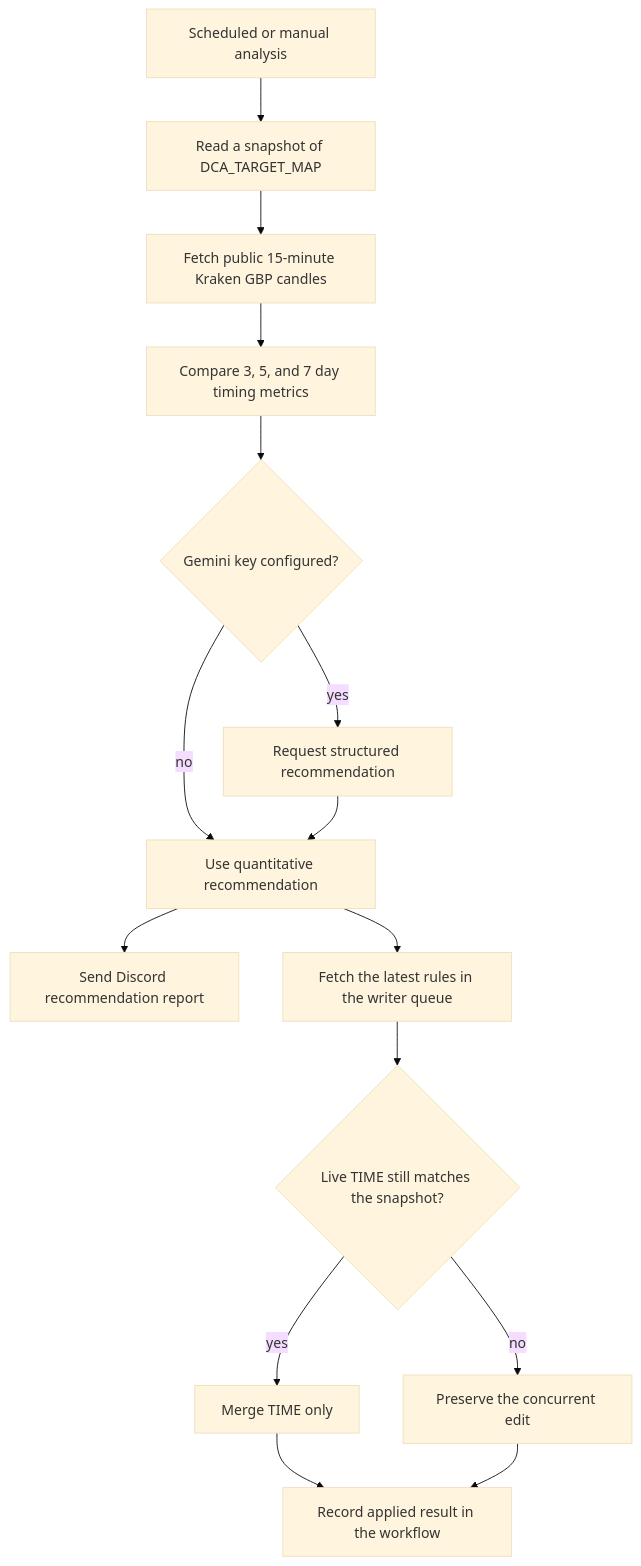
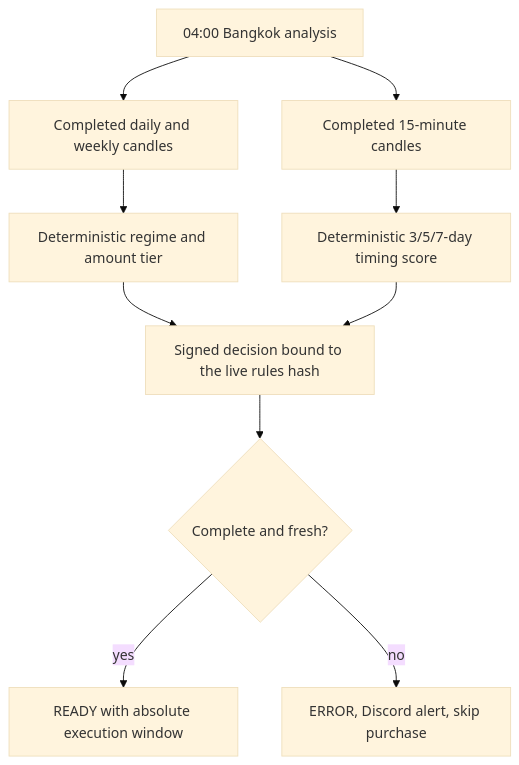
One commit to aesscialo-bot/DCA-Bot changed the second of 3 diagrams in README.md. Above: the diagram before and after it, drawn with Mermaid (base theme). The commit also changed other lines of this file and 26 other files, not shown here.

Commit message:
Harden Kraken GBP DCA production rollout

````diff
--- a/README.md
+++ b/README.md
@@ -118,17 +120,12 @@
 ```mermaid
 flowchart TD
-    S["Scheduled or manual analysis"] --> SNAP["Read a snapshot of DCA_TARGET_MAP"]
-    SNAP --> O["Fetch public 15-minute Kraken GBP candles"]
-    O --> Q["Compare 3, 5, and 7 day timing metrics"]
-    Q --> G{"Gemini key configured?"}
-    G -->|"yes"| AI["Request structured recommendation"]
-    G -->|"no"| REC["Use quantitative recommendation"]
-    AI --> REC
-    REC --> REPORT["Send Discord recommendation report"]
-    REC --> LIVE["Fetch the latest rules in the writer queue"]
-    LIVE --> SAME{"Live TIME still matches the snapshot?"}
-    SAME -->|"yes"| MERGE["Merge TIME only"]
-    SAME -->|"no"| SKIP["Preserve the concurrent edit"]
-    MERGE --> RESULT["Record applied result in the workflow"]
-    SKIP --> RESULT
+    S["04:00 Bangkok analysis"] --> D["Completed daily and weekly candles"]
+    S --> M["Completed 15-minute candles"]
+    D --> G["Deterministic regime and amount tier"]
+    M --> W["Deterministic 3/5/7-day timing score"]
+    G --> X["Signed decision bound to the live rules hash"]
+    W --> X
+    X --> P{"Complete and fresh?"}
+    P -- "yes" --> READY["READY with absolute execution window"]
+    P -- "no" --> ERROR["ERROR, Discord alert, skip purchase"]
 ```
````
